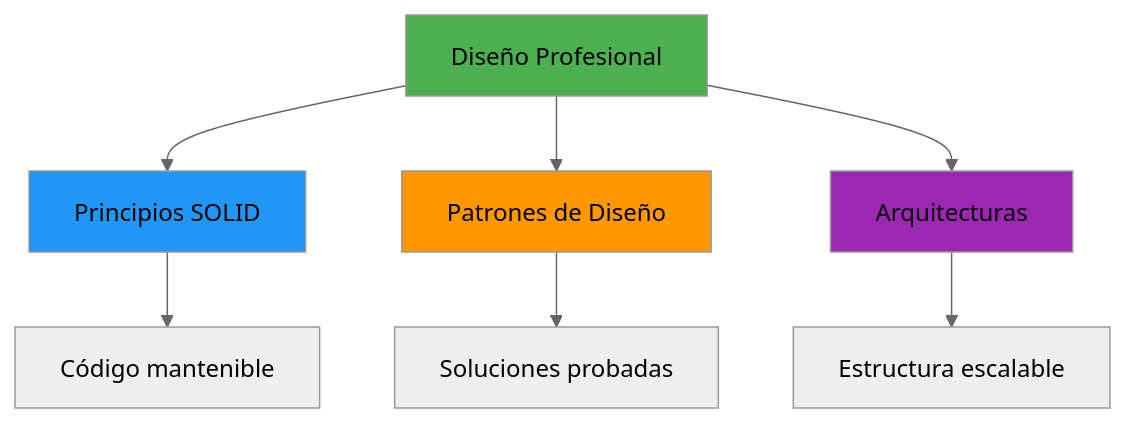
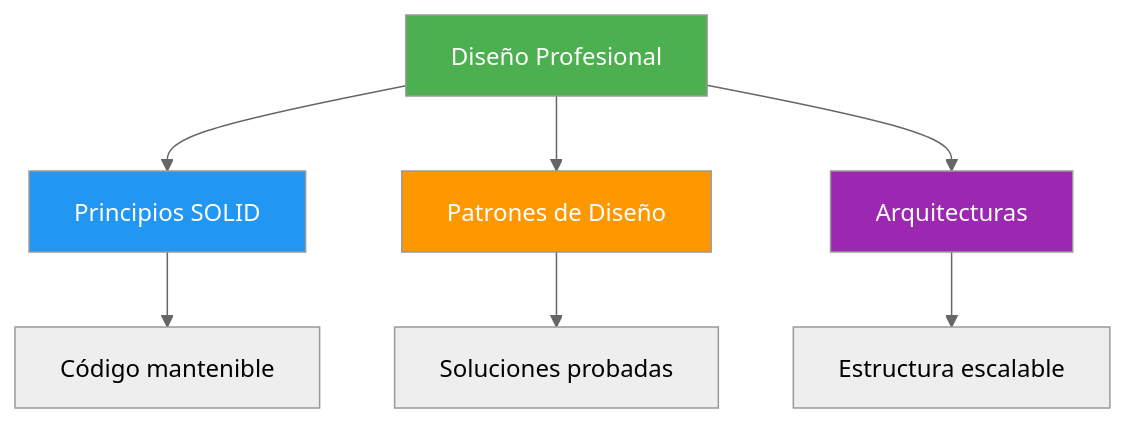
Before and after one commit to joseluisgs/DesarrolloWebEntornosServidor-01-2026-2027: the first of 17 diagrams in csharp_inicial/05-PatronesArquitecturas.md, drawn with Mermaid (neutral theme). The commit also changed other lines of this file and 66 other files, not shown here.

First line of the commit message:
fix: normalizar titulos al castellano de frase y corregir la paleta de mermaid

````diff
--- a/csharp_inicial/05-PatronesArquitecturas.md
+++ b/csharp_inicial/05-PatronesArquitecturas.md
@@ -47,15 +47,15 @@
 ```mermaid
 graph TD
     A["Diseño Profesional"] --> B["Principios SOLID"]
     A --> C["Patrones de Diseño"]
     A --> D["Arquitecturas"]
     
     B --> B1["Código mantenible"]
     C --> C1["Soluciones probadas"]
     D --> D1["Estructura escalable"]
     
-    style A fill:#4CAF50
-    style B fill:#2196F3
-    style C fill:#FF9800
-    style D fill:#9C27B0
+    style A fill:#4CAF50,color:#fff
+    style B fill:#2196F3,color:#fff
+    style C fill:#FF9800,color:#fff
+    style D fill:#9C27B0,color:#fff
 ```
````
